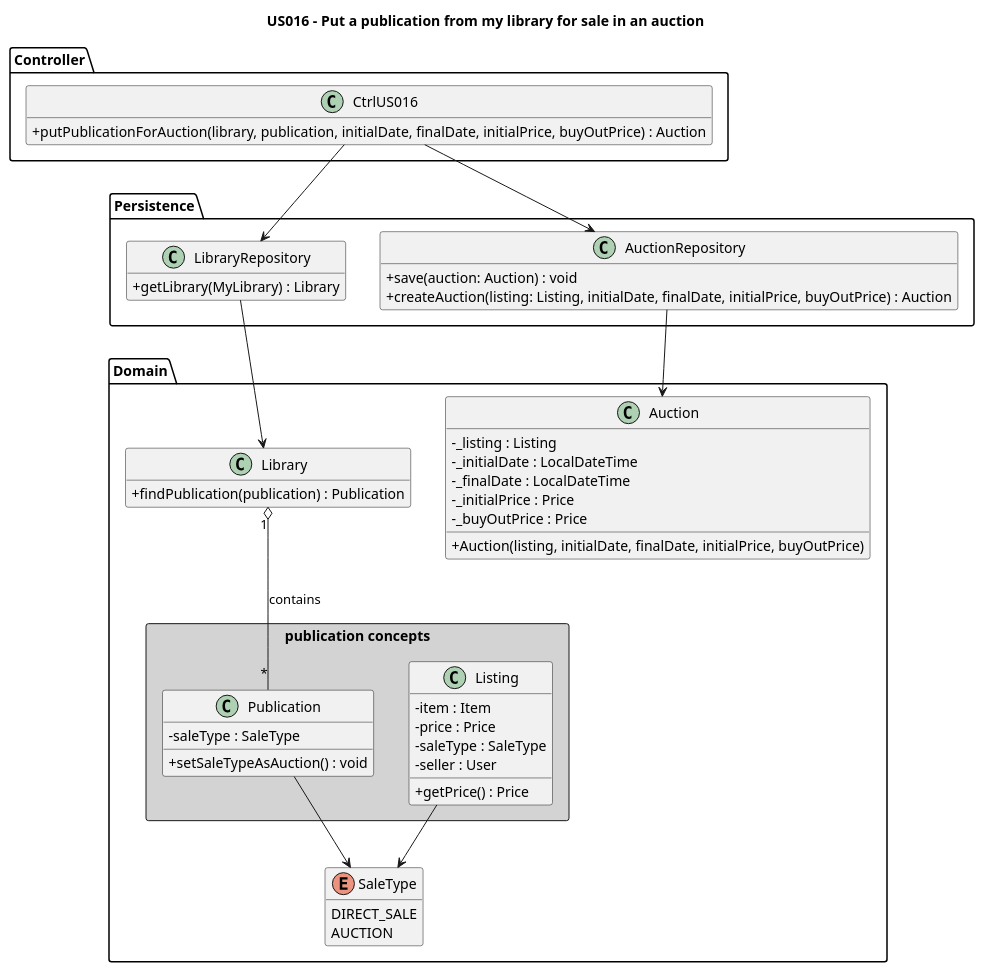
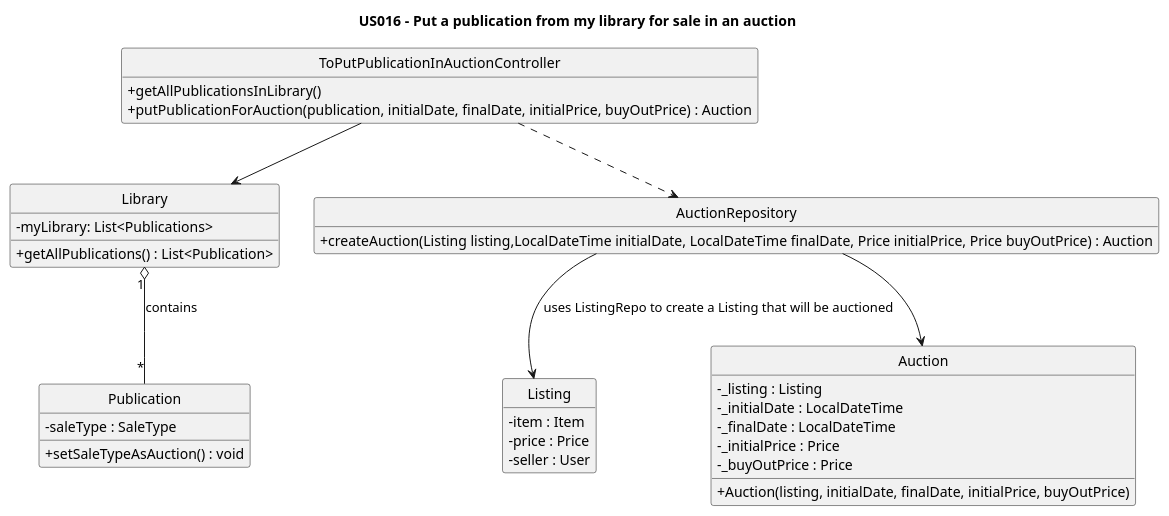
Before and after one commit to AndrePereiraGitH/SWitCH-Project-Team_A: the diagram in Diagrams/ClassDiagrams/US016-To-put-for-sale-as-Auction-publication-in-my-library.puml, drawn with PlantUML. The commit also changed 2 other files, not shown here.

Commit message:
US013 + US016 diagrams improvement #107 #108 @Marrike

```diff
--- a/Diagrams/ClassDiagrams/US016-To-put-for-sale-as-Auction-publication-in-my-library.puml
+++ b/Diagrams/ClassDiagrams/US016-To-put-for-sale-as-Auction-publication-in-my-library.puml
@@ -1,76 +1,55 @@
 @startuml
 hide empty members
+hide circle
 skinparam classAttributeIconSize 0
 title US016 - Put a publication from my library for sale in an auction
 
-package "Domain" {
 
   class Library {
-    +findPublication(publication) : Publication
+    -myLibrary: List<Publications>
+    +getAllPublications() : List<Publication>
   }
 
 
-    rectangle "publication concepts" #lightgrey {
   class Publication {
     -saleType : SaleType
     +setSaleTypeAsAuction() : void
   }
 
   class Listing {
     -item : Item
     -price : Price
-    -saleType : SaleType
     -seller : User
-    +getPrice() : Price
   }
-  }
+
 
   class Auction {
     -_listing : Listing
     -_initialDate : LocalDateTime
     -_finalDate : LocalDateTime
     -_initialPrice : Price
     -_buyOutPrice : Price
 
     +Auction(listing, initialDate, finalDate, initialPrice, buyOutPrice)
   }
 
-
-
-
-  enum SaleType {
-    DIRECT_SALE
-    AUCTION
-  }
-}
-
-package "Persistence" {
-  class LibraryRepository {
-    +getLibrary(MyLibrary) : Library
+  class AuctionRepository {
+    +createAuction(Listing listing,LocalDateTime initialDate, LocalDateTime finalDate, Price initialPrice, Price buyOutPrice) : Auction
   }
 
-  class AuctionRepository {
-    +save(auction: Auction) : void
-    +createAuction(listing: Listing, initialDate, finalDate, initialPrice, buyOutPrice) : Auction
+  class ToPutPublicationInAuctionController {
+    +getAllPublicationsInLibrary()
+    +putPublicationForAuction(publication, initialDate, finalDate, initialPrice, buyOutPrice) : Auction
   }
-}
-
-package "Controller" {
-  class CtrlUS016 {
-    +putPublicationForAuction(library, publication, initialDate, finalDate, initialPrice, buyOutPrice) : Auction
-  }
-}
 
 ' -------------------- Relationships --------------------
 
+ToPutPublicationInAuctionController --> Library
+
 Library "1" o-- "*" Publication : contains
 
-Listing --> SaleType
-Publication --> SaleType
-
-CtrlUS016 --> LibraryRepository
-CtrlUS016 --> AuctionRepository
+ToPutPublicationInAuctionController ..> AuctionRepository
 AuctionRepository --> Auction
-LibraryRepository --> Library
+AuctionRepository --> Listing : uses ListingRepo to create a Listing that will be auctioned
 
 @enduml
```
